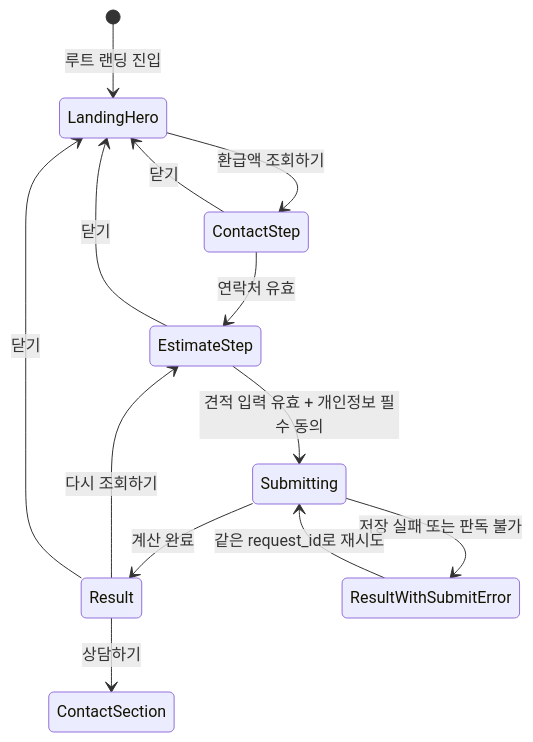
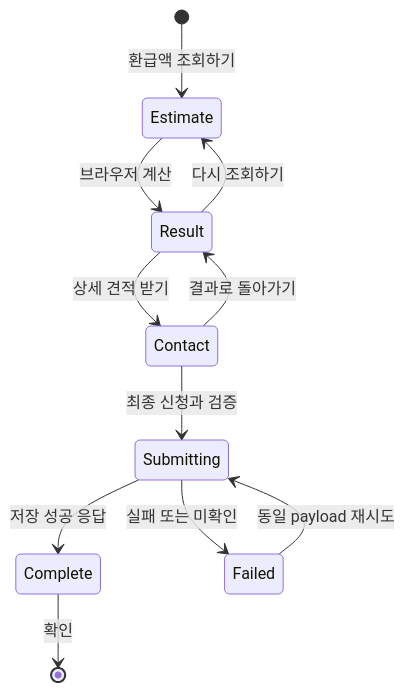
The first of 2 diagrams in docs/planning/quick-estimate-ui-design-plan.md (leekwansootv-creator/4refund), drawn with Mermaid before and after one commit. The commit also changed other lines of this file and 22 other files, not shown here.

````diff
--- a/docs/planning/quick-estimate-ui-design-plan.md
+++ b/docs/planning/quick-estimate-ui-design-plan.md
@@ -96,15 +96,13 @@
 ```mermaid
 stateDiagram-v2
-    [*] --> LandingHero: 루트 랜딩 진입
-    LandingHero --> ContactStep: 환급액 조회하기
-    ContactStep --> EstimateStep: 연락처 유효
-    EstimateStep --> Submitting: 견적 입력 유효 + 개인정보 필수 동의
-    Submitting --> Result: 계산 완료
-    Submitting --> ResultWithSubmitError: 저장 실패 또는 판독 불가
-    ResultWithSubmitError --> Submitting: 같은 request_id로 재시도
-    Result --> EstimateStep: 다시 조회하기
-    Result --> ContactSection: 상담하기
-    ContactStep --> LandingHero: 닫기
-    EstimateStep --> LandingHero: 닫기
-    Result --> LandingHero: 닫기
+    [*] --> Estimate: 환급액 조회하기
+    Estimate --> Result: 브라우저 계산
+    Result --> Estimate: 다시 조회하기
+    Result --> Contact: 상세 견적 받기
+    Contact --> Result: 결과로 돌아가기
+    Contact --> Submitting: 최종 신청과 검증
+    Submitting --> Complete: 저장 성공 응답
+    Submitting --> Failed: 실패 또는 미확인
+    Failed --> Submitting: 동일 payload 재시도
+    Complete --> [*]: 확인
 ```
````
